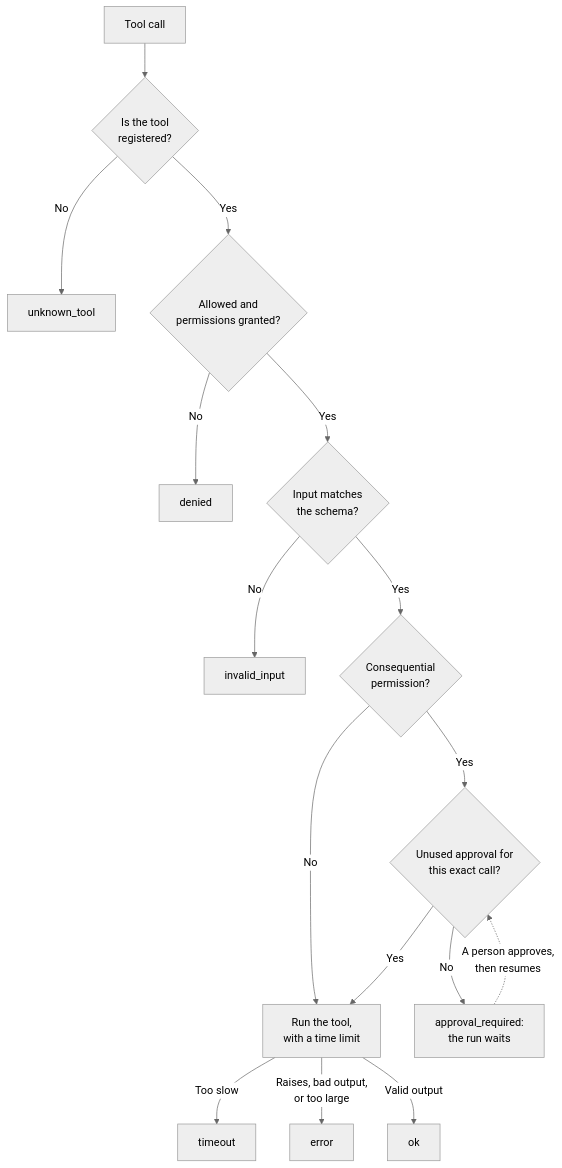
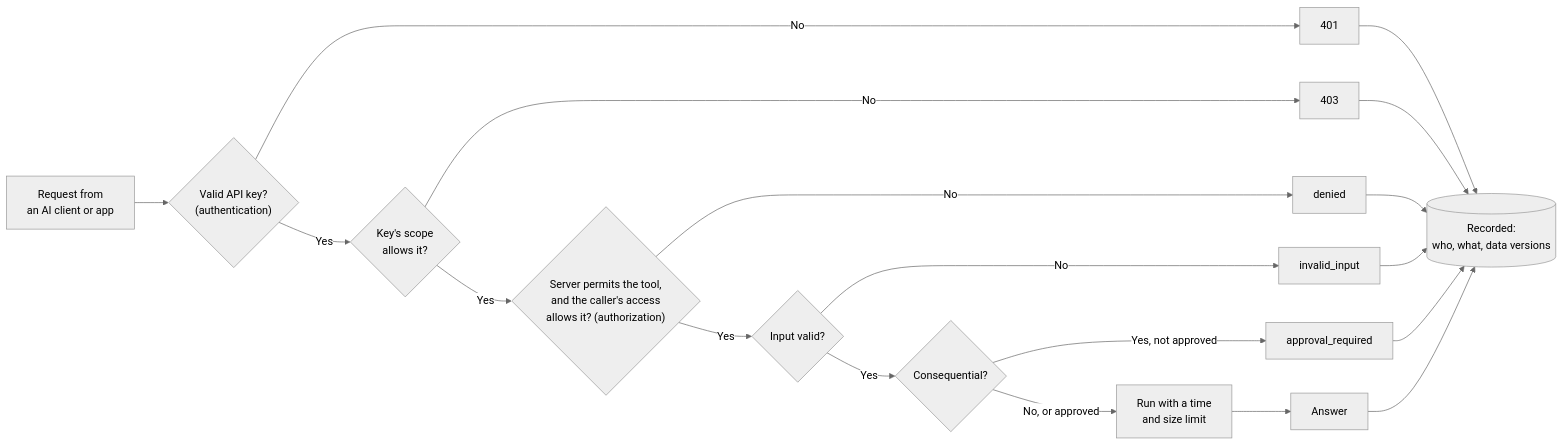
The diagram in docs/tutorial.md (yuxuzi/quant-agent-os), drawn with Mermaid (neutral theme) before and after one commit. The commit also changed other lines of this file and 5 other files, not shown here.

````diff
--- a/docs/tutorial.md
+++ b/docs/tutorial.md
@@ -509,18 +42,16 @@
 ```mermaid
-flowchart TD
-    A["Tool call"] --> B{"Is the tool<br/>registered?"}
-    B -->|No| B1["unknown_tool"]
-    B -->|Yes| C{"Allowed and<br/>permissions granted?"}
-    C -->|No| C1["denied"]
-    C -->|Yes| D{"Input matches<br/>the schema?"}
-    D -->|No| D1["invalid_input"]
-    D -->|Yes| F{"Consequential<br/>permission?"}
-    F -->|No| H["Run the tool,<br/>with a time limit"]
-    F -->|Yes| G{"Unused approval for<br/>this exact call?"}
-    G -->|No| G1["approval_required:<br/>the run waits"]
-    G1 -.->|"A person approves,<br/>then resumes"| G
-    G -->|Yes| H
-    H -->|Too slow| H1["timeout"]
-    H -->|Raises, bad output,<br/>or too large| H2["error"]
-    H -->|Valid output| I["ok"]
+flowchart LR
+    A["Request from<br/>an AI client or app"] --> K{"Valid API key?<br/>(authentication)"}
+    K -->|No| K1["401"]
+    K -->|Yes| S{"Key's scope<br/>allows it?"}
+    S -->|No| S1["403"]
+    S -->|Yes| P{"Server permits the tool,<br/>and the caller's access<br/>allows it? (authorization)"}
+    P -->|No| P1["denied"]
+    P -->|Yes| V{"Input valid?"}
+    V -->|No| V1["invalid_input"]
+    V -->|Yes| C{"Consequential?"}
+    C -->|Yes, not approved| C1["approval_required"]
+    C -->|No, or approved| R["Run with a time<br/>and size limit"]
+    R --> O["Answer"]
+    K1 & S1 & P1 & V1 & C1 & O --> L[("Recorded:<br/>who, what, data versions")]
 ```
````
